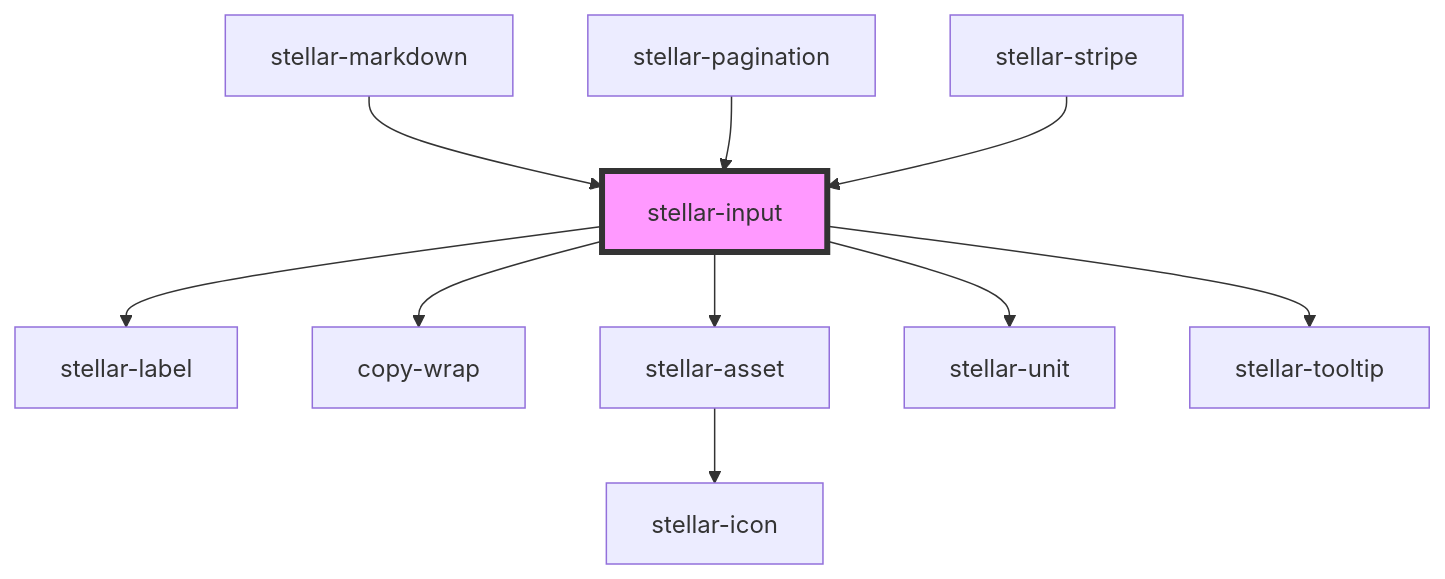
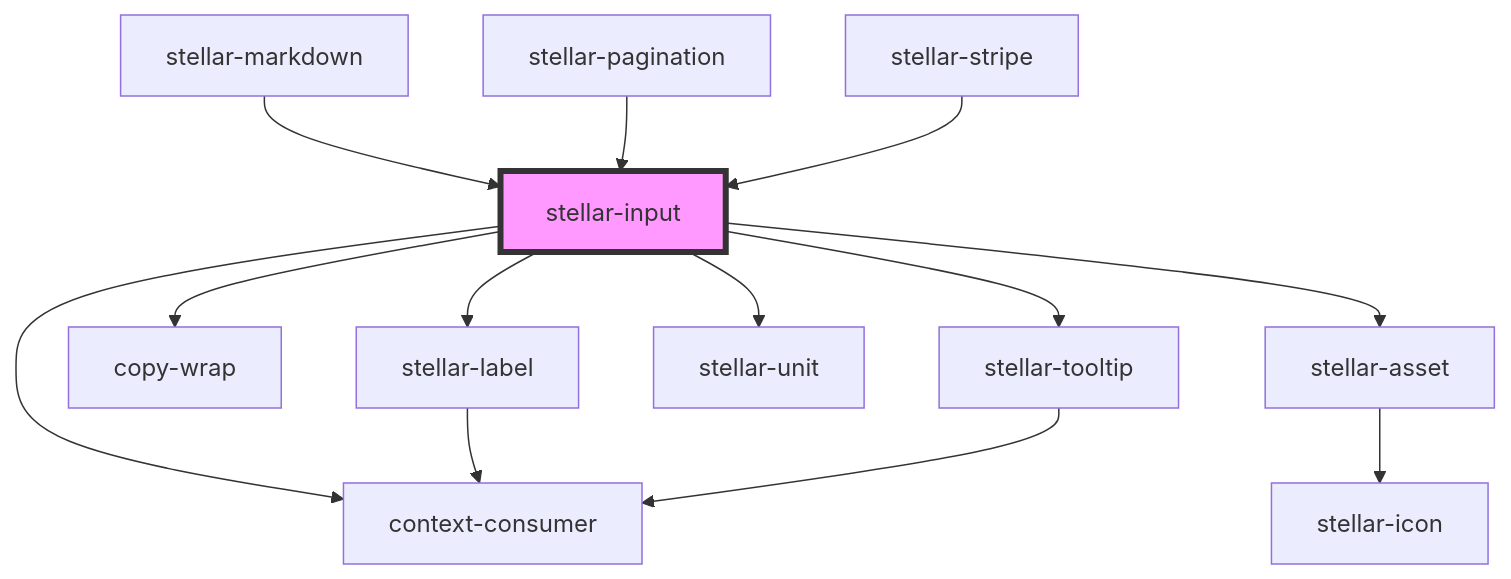
One commit to splitinfinities/Stellar changed the diagram in src/components/forms/input/readme.md. Above: the diagram before and after it, drawn with Mermaid. The commit also changed other lines of this file and 44 other files, not shown here.

````diff
--- a/src/components/forms/input/readme.md
+++ b/src/components/forms/input/readme.md
@@ -187,13 +189,16 @@
 ```mermaid
 graph TD;
   stellar-input --> stellar-label
   stellar-input --> copy-wrap
   stellar-input --> stellar-asset
   stellar-input --> stellar-unit
   stellar-input --> stellar-tooltip
+  stellar-input --> context-consumer
+  stellar-label --> context-consumer
   stellar-asset --> stellar-icon
+  stellar-tooltip --> context-consumer
   stellar-markdown --> stellar-input
   stellar-pagination --> stellar-input
   stellar-stripe --> stellar-input
   style stellar-input fill:#f9f,stroke:#333,stroke-width:4px
 ```
````
